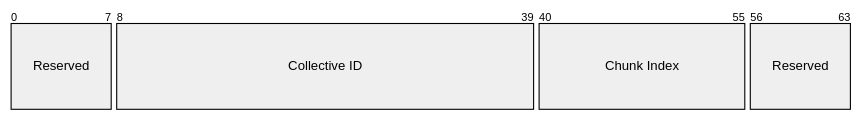
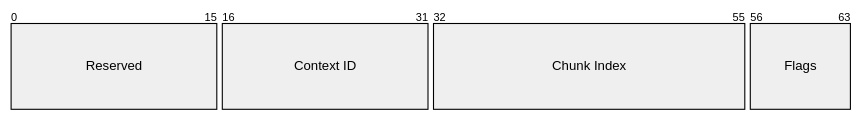
Diagram 13 of 13 in docs/chapters/3-architecture/protocol.md (uniquadev/prism), drawn with Mermaid before and after one commit. The commit also changed other lines of this file and 9 other files, not shown here.

````diff
--- a/docs/chapters/3-architecture/protocol.md
+++ b/docs/chapters/3-architecture/protocol.md
@@ -394,8 +618,8 @@
 ```mermaid
 %%{init: {"packet": {"bitsPerRow": 64, "bitWidth": 12, "rowHeight": 78, "showBits": true}} }%%
 packet
-    +8: "Reserved"
-    +32: "Collective ID"
-    +16: "Chunk Index"
-    +8: "Reserved"
+    +16: "Reserved"
+    +16: "Context ID"
+    +24: "Chunk Index"
+    +8: "Flags"
 ```
````
